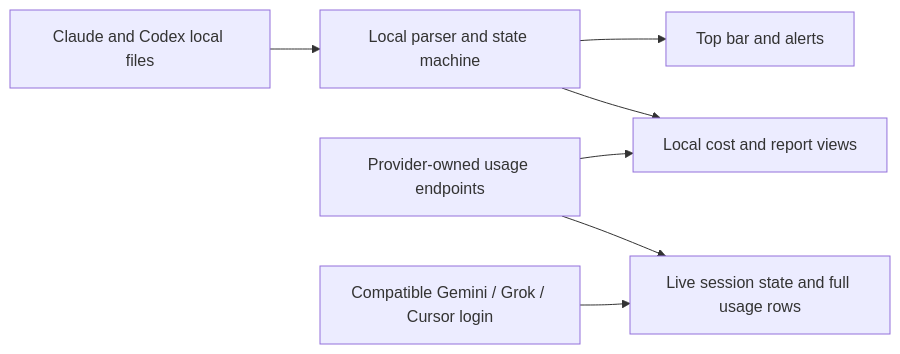
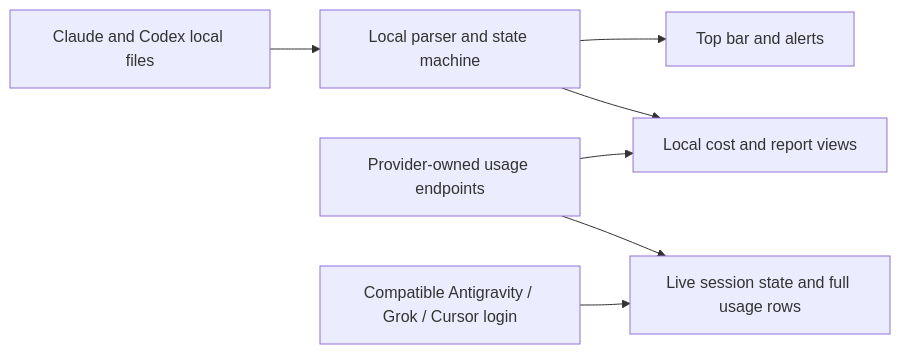
One commit to sunmingyang/agent-island changed the diagram in README.md. Above: the diagram before and after it, drawn with Mermaid. The commit also changed other lines of this file and 1 other file, not shown here.

First line of the commit message:
docs: 2.1.2 release notes and README — Antigravity, Cursor as a full citizen

````diff
--- a/README.md
+++ b/README.md
@@ -212,9 +212,9 @@
 ```mermaid
 flowchart LR
     A[Claude and Codex local files] --> B[Local parser and state machine]
     B --> C[Top bar and alerts]
     B --> D[Local cost and report views]
     E[Provider-owned usage endpoints] --> D
-    F[Compatible Gemini / Grok / Cursor login] --> G[Live session state and full usage rows]
+    F[Compatible Antigravity / Grok / Cursor login] --> G[Live session state and full usage rows]
     E --> G
 ```
````
